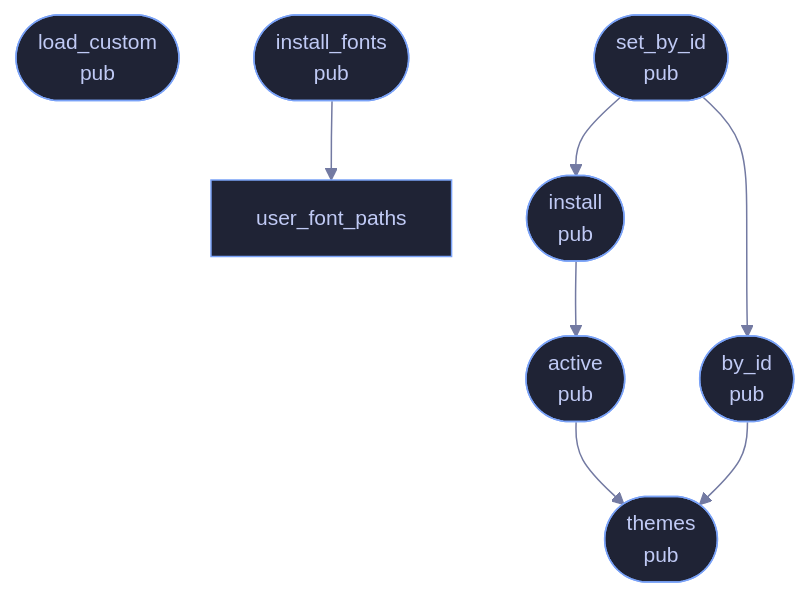
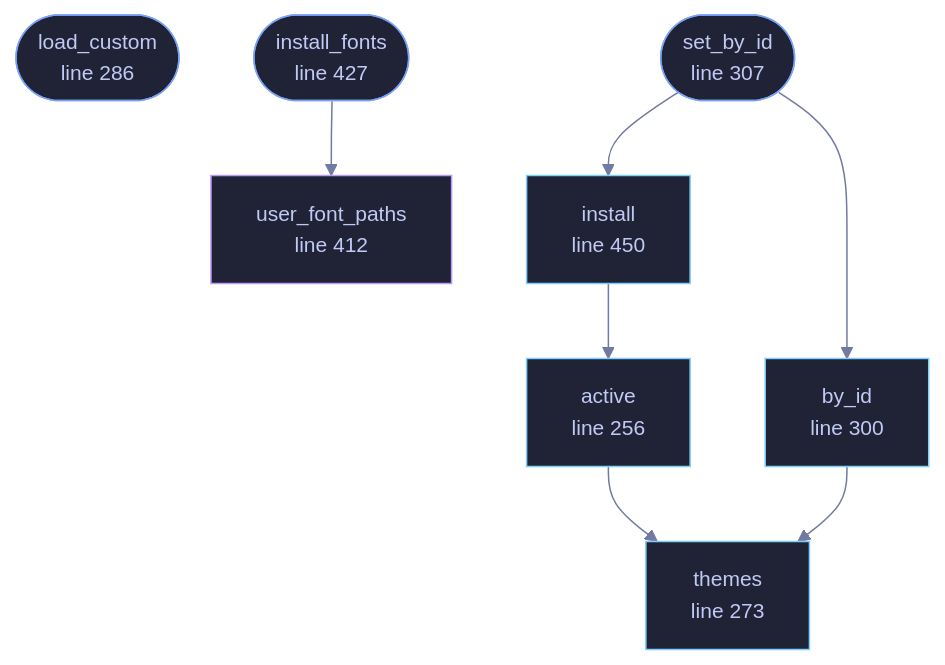
The diagram in docs/files/veilvoice-gui/theme.md (tilas01/veilvoice), drawn with Mermaid before and after one commit. The commit also changed other lines of this file and 182 other files, not shown here.

````diff
--- a/docs/files/veilvoice-gui/theme.md
+++ b/docs/files/veilvoice-gui/theme.md
@@ -60,18 +79,24 @@
 ```mermaid
 %%{init: {"theme":"base","themeVariables":{"background":"#1a1b26","primaryColor":"#1f2335","primaryTextColor":"#c0caf5","primaryBorderColor":"#7aa2f7","secondaryColor":"#16161e","tertiaryColor":"#16161e","lineColor":"#737aa2","textColor":"#c0caf5","mainBkg":"#1f2335","nodeBorder":"#7aa2f7","clusterBkg":"#16161e","clusterBorder":"#2f3549","fontFamily":"ui-monospace, SFMono-Regular, Consolas, monospace","fontSize":"14px"}}}%%
 flowchart TD
-    n_active(["active<br/>pub"])
-    n_themes(["themes<br/>pub"])
-    n_load_custom(["load_custom<br/>pub"])
-    n_by_id(["by_id<br/>pub"])
-    n_set_by_id(["set_by_id<br/>pub"])
-    n_user_font_paths["user_font_paths"]
-    n_install_fonts(["install_fonts<br/>pub"])
-    n_install(["install<br/>pub"])
+    n_active["active<br/>line 256"]
+    n_themes["themes<br/>line 273"]
+    n_load_custom(["load_custom<br/>line 286"])
+    n_by_id["by_id<br/>line 300"]
+    n_set_by_id(["set_by_id<br/>line 307"])
+    n_user_font_paths["user_font_paths<br/>line 412"]
+    n_install_fonts(["install_fonts<br/>line 427"])
+    n_install["install<br/>line 450"]
     n_active --> n_themes
     n_by_id --> n_themes
     n_install --> n_active
     n_install_fonts --> n_user_font_paths
     n_set_by_id --> n_by_id
     n_set_by_id --> n_install
+    classDef entry fill:#1f2335,stroke:#7aa2f7,color:#c0caf5
+    class n_load_custom,n_set_by_id,n_install_fonts entry
+    classDef api fill:#1f2335,stroke:#7dcfff,color:#c0caf5
+    class n_active,n_themes,n_by_id,n_install api
+    classDef helper fill:#1f2335,stroke:#bb9af7,color:#c0caf5
+    class n_user_font_paths helper
 ```
````
